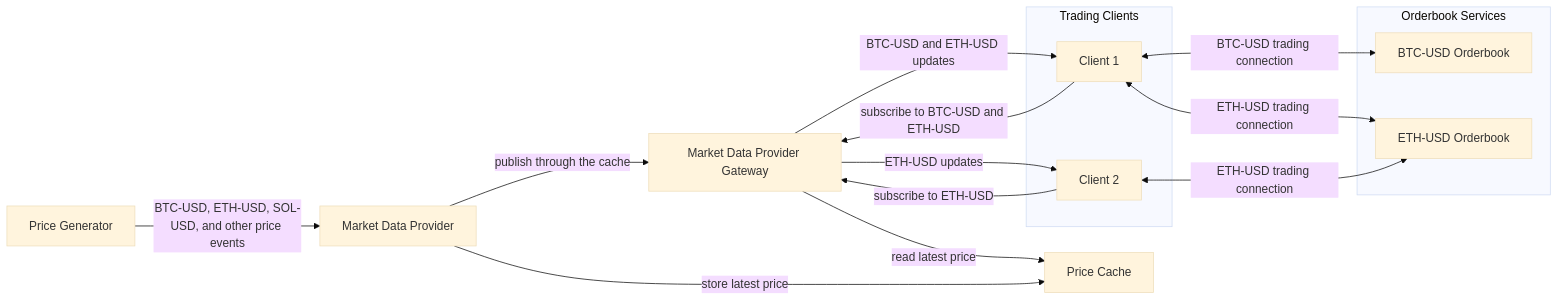
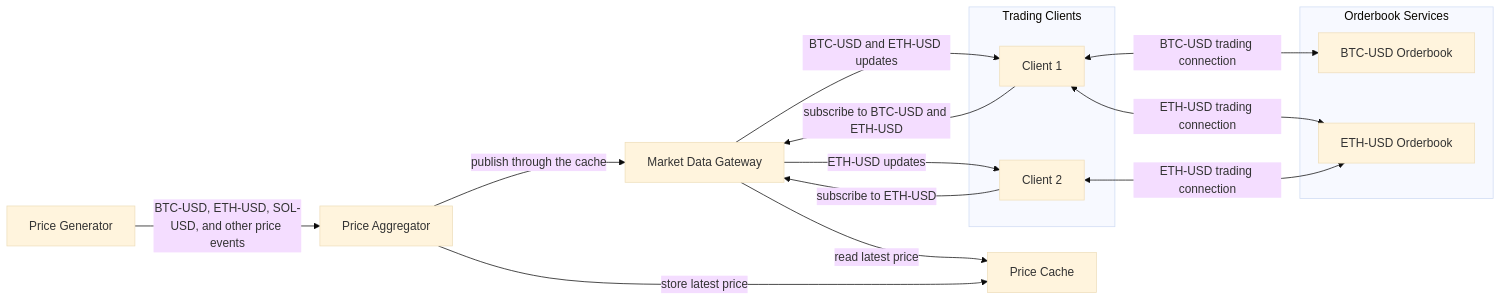
Before and after one commit to Braqzen/orderbook-trading: the diagram in docs/architecture.md, drawn with Mermaid (base theme). The commit also changed other lines of this file and 48 other files, not shown here.

Commit message:
Rename provider to aggregator, provider gateway to gateway

````diff
--- a/docs/architecture.md
+++ b/docs/architecture.md
@@ -24,32 +24,32 @@
 ```mermaid
 flowchart LR
     Generator["Price Generator"]
-    Provider["Market Data Provider"]
+    Aggregator["Price Aggregator"]
     Cache["Price Cache"]
-    Gateway["Market Data Provider Gateway"]
+    Gateway["Market Data Gateway"]
 
     subgraph Clients["Trading Clients"]
         Client1["Client 1"]
         Client2["Client 2"]
     end
 
     subgraph Orderbooks["Orderbook Services"]
         Bitcoin["BTC-USD Orderbook"]
         Ethereum["ETH-USD Orderbook"]
     end
 
-    Generator -->|"BTC-USD, ETH-USD, SOL-USD, and other price events"| Provider
+    Generator -->|"BTC-USD, ETH-USD, SOL-USD, and other price events"| Aggregator
     Gateway -->|"read latest price"| Cache
-    Provider -->|"store latest price"| Cache
-    Provider -->|"publish through the cache"| Gateway
+    Aggregator -->|"store latest price"| Cache
+    Aggregator -->|"publish through the cache"| Gateway
 
     Client1 -->|"subscribe to BTC-USD and ETH-USD"| Gateway
     Gateway -->|"BTC-USD and ETH-USD updates"| Client1
 
     Client2 -->|"subscribe to ETH-USD"| Gateway
     Gateway -->|"ETH-USD updates"| Client2
 
     Client1 <-->|"BTC-USD trading connection"| Bitcoin
     Client1 <-->|"ETH-USD trading connection"| Ethereum
     Client2 <-->|"ETH-USD trading connection"| Ethereum
 ```
````
